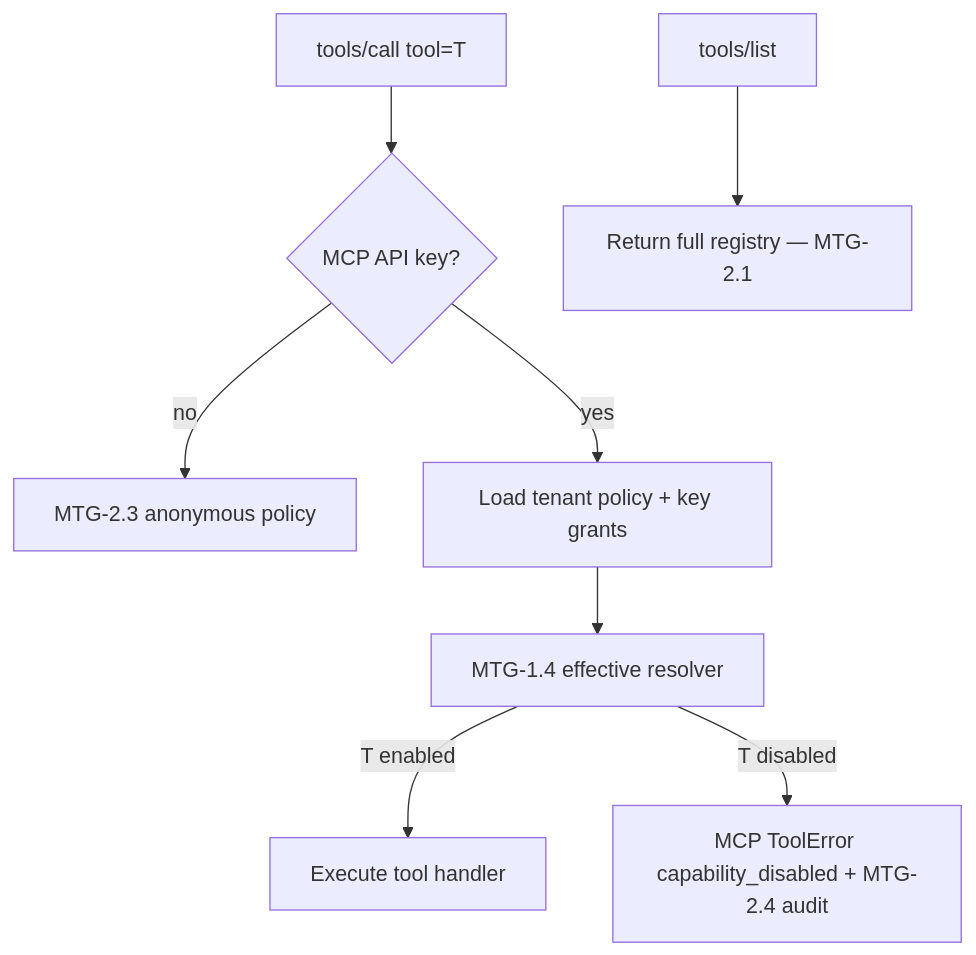
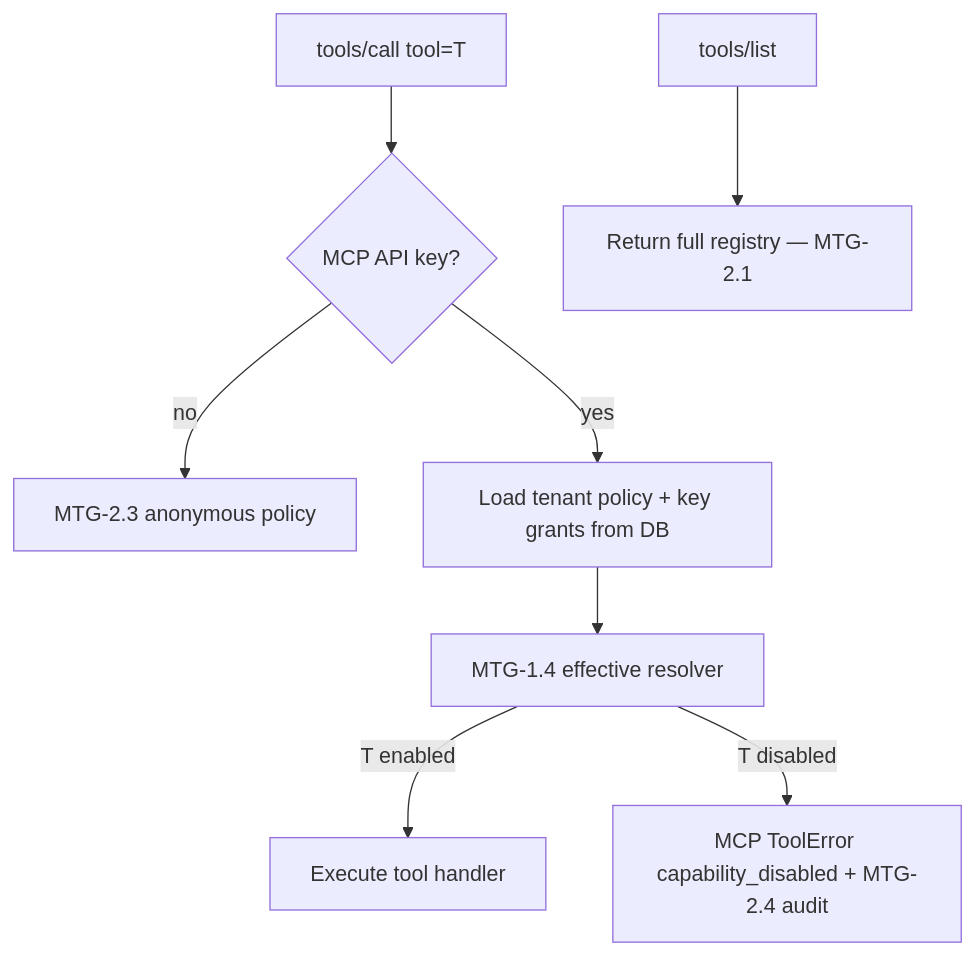
One commit to apiome/apiome changed the diagram in apiome-mcp/docs/EFFECTIVE_POLICY.md. Above: the diagram before and after it, drawn with Mermaid. The commit also changed other lines of this file and 9 other files, not shown here.

````diff
--- a/apiome-mcp/docs/EFFECTIVE_POLICY.md
+++ b/apiome-mcp/docs/EFFECTIVE_POLICY.md
@@ -38,10 +38,10 @@
 ```mermaid
 flowchart TD
   REQ[tools/call tool=T] --> AUTH{MCP API key?}
   AUTH -->|no| ANON[MTG-2.3 anonymous policy]
-  AUTH -->|yes| LOAD[Load tenant policy + key grants]
+  AUTH -->|yes| LOAD[Load tenant policy + key grants from DB]
   LOAD --> RES[MTG-1.4 effective resolver]
   RES -->|T enabled| RUN[Execute tool handler]
   RES -->|T disabled| DENY[MCP ToolError capability_disabled + MTG-2.4 audit]
   LIST[tools/list] --> FULL[Return full registry — MTG-2.1]
 ```
````
